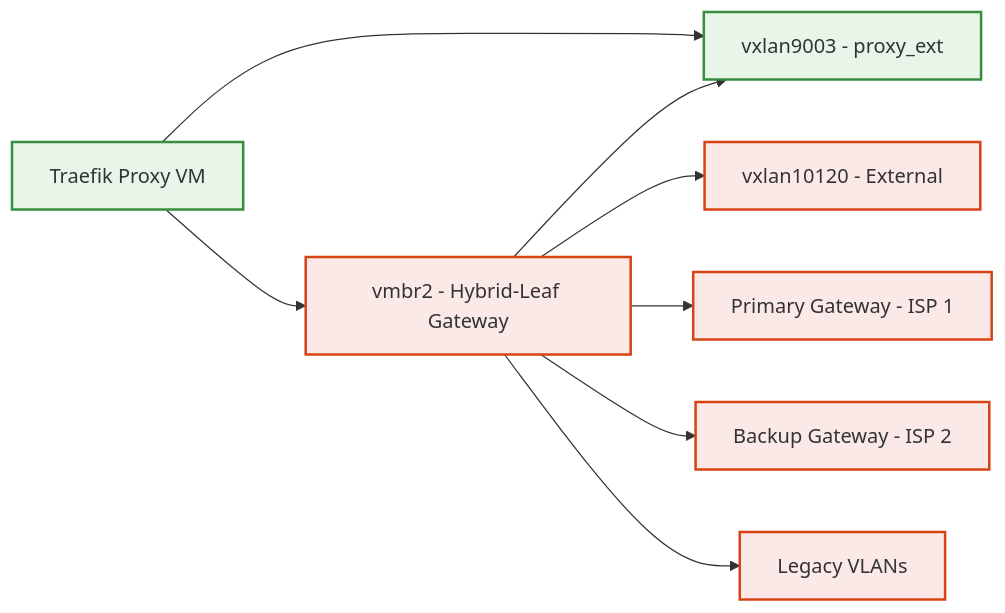
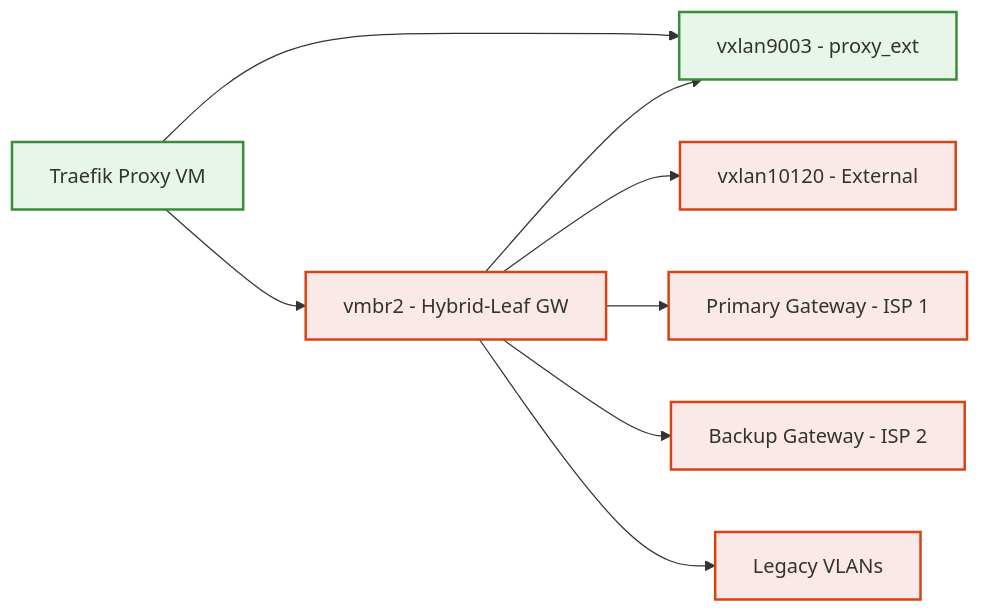
One commit to CEP-Comwell/proxmox_addons changed the fourth of 4 diagrams in README.md. Above: the diagram before and after it, drawn with Mermaid. The commit also changed other lines of this file, not shown here.

````diff
--- a/README.md
+++ b/README.md
@@ -123,21 +123,21 @@
 ```mermaid
 graph LR
-ExtBridge[vmbr2 - Hybrid-Leaf Gateway]
+ExtBridge[vmbr2 - Hybrid-Leaf GW]
 VX9003[vxlan9003 - proxy_ext]
 VX10120[vxlan10120 - External]
 ProxyVM[Traefik Proxy VM]
 Gateway1[Primary Gateway - ISP 1]
 Gateway2[Backup Gateway - ISP 2]
 LegacyVLAN[Legacy VLANs]
 ExtBridge --> VX9003
 ExtBridge --> VX10120
 ExtBridge --> Gateway1
 ExtBridge --> Gateway2
 ExtBridge --> LegacyVLAN
 ProxyVM --> VX9003
 ProxyVM --> ExtBridge
 classDef ext fill:#fbe9e7,stroke:#d84315,stroke-width:2px;
 classDef proxy fill:#e8f5e9,stroke:#388e3c,stroke-width:2px;
 class ExtBridge,VX10120,Gateway1,Gateway2,LegacyVLAN ext;
 class VX9003,ProxyVM proxy;
 ```
````
